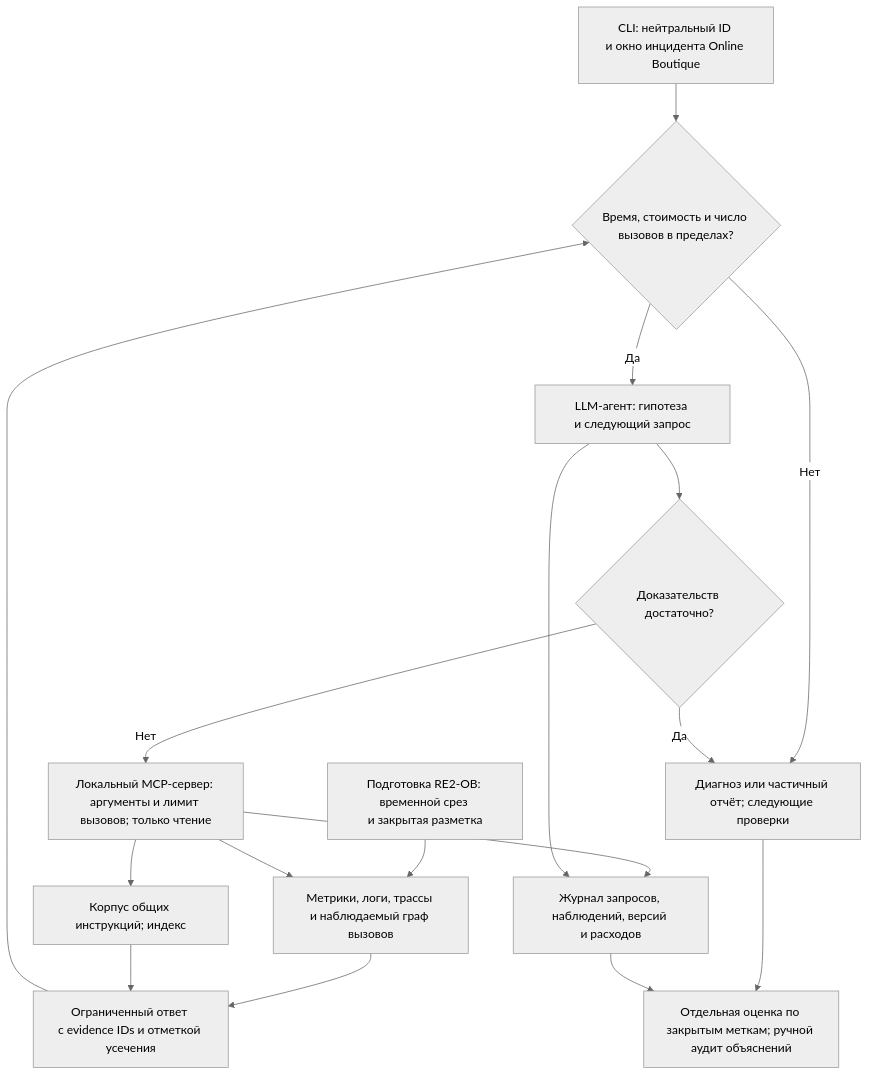
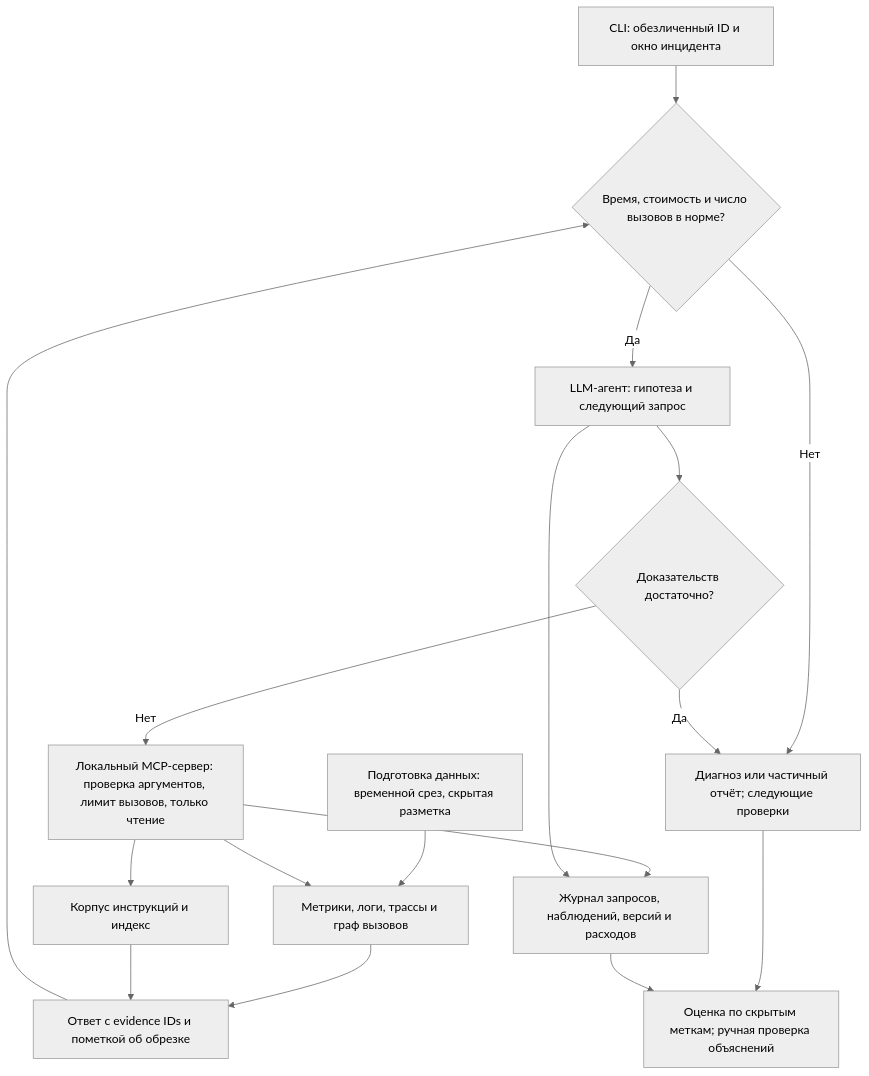
Before and after one commit to germanKoch/MLSD_2026: the second of 2 diagrams in docs/ml_system_design_doc.md, drawn with Mermaid (neutral theme). The commit also changed other lines of this file, not shown here.

````diff
--- a/docs/ml_system_design_doc.md
+++ b/docs/ml_system_design_doc.md
@@ -94,31 +94,31 @@
 ```mermaid
 flowchart TD
-    CLI["CLI: нейтральный ID и окно инцидента Online Boutique"]
-    Prep["Подготовка RE2-OB: временной срез и закрытая разметка"]
-    Store["Метрики, логи, трассы и наблюдаемый граф вызовов"]
-    KB["Корпус общих инструкций; индекс"]
-    Agent["LLM-агент: гипотеза и следующий запрос"]
-    Gate{"Время, стоимость и число вызовов в пределах?"}
-    MCP["Локальный MCP-сервер: аргументы и лимит вызовов; только чтение"]
-    Obs["Ограниченный ответ с evidence IDs и отметкой усечения"]
+    CLI["CLI: обезличенный ID и окно инцидента"]
+    Prep["Подготовка данных: временной срез, скрытая разметка"]
+    Store["Метрики, логи, трассы и граф вызовов"]
+    KB["Корпус инструкций и индекс"]
+    Agent["LLM-агент: гипотеза и следующий запрос"]
+    Gate{"Время, стоимость и число вызовов в норме?"}
+    MCP["Локальный MCP-сервер: проверка аргументов, лимит вызовов, только чтение"]
+    Obs["Ответ с evidence IDs и пометкой об обрезке"]
     Ready{"Доказательств достаточно?"}
     Report["Диагноз или частичный отчёт; следующие проверки"]
-    Trace["Журнал запросов, наблюдений, версий и расходов"]
-    Eval["Отдельная оценка по закрытым меткам; ручной аудит объяснений"]
+    Trace["Журнал запросов, наблюдений, версий и расходов"]
+    Eval["Оценка по скрытым меткам; ручная проверка объяснений"]
     CLI --> Gate
     Prep --> Store
     Gate -->|Да| Agent
     Gate -->|Нет| Report
     Agent --> Ready
     Ready -->|Нет| MCP
     Ready -->|Да| Report
     MCP --> Store
     MCP --> KB
     Store --> Obs
     KB --> Obs
     Obs --> Gate
     MCP --> Trace
     Agent --> Trace
     Report --> Eval
     Trace --> Eval
 ```
````
